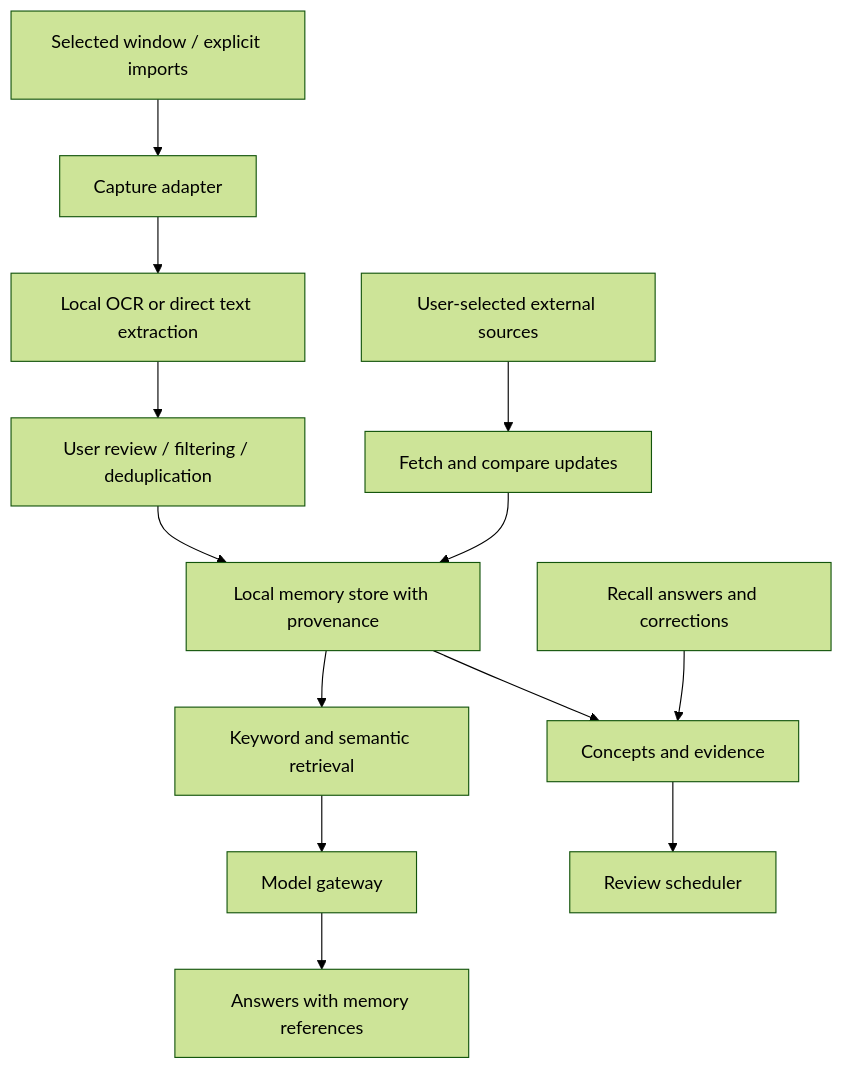
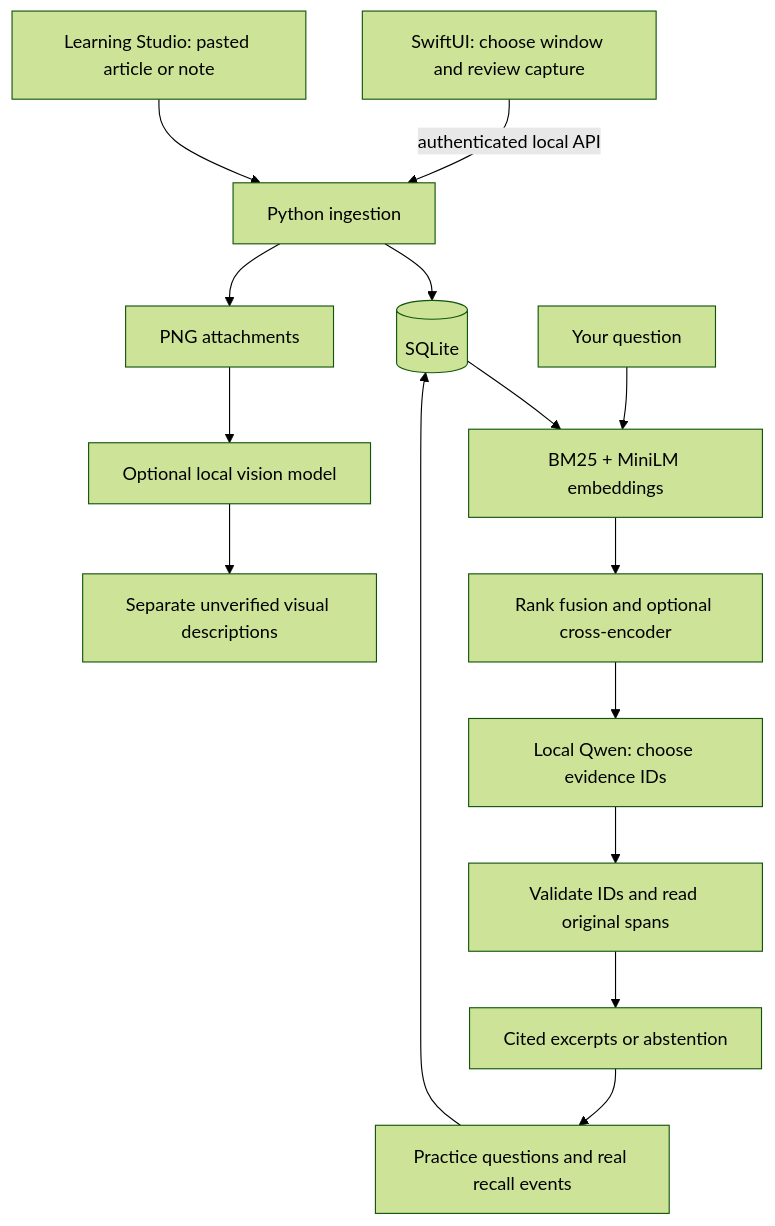
Before and after one commit to JayeshJaquar/second-brain: the diagram in ARCHITECTURE.md, drawn with Mermaid (forest theme). The commit also changed other lines of this file and 5 other files, not shown here.

Commit message:
docs: explain the architecture decisions evidence and limitations

````diff
--- a/ARCHITECTURE.md
+++ b/ARCHITECTURE.md
@@ -11,15 +3,17 @@
 ```mermaid
 flowchart TD
-    A[Selected window / explicit imports] --> B[Capture adapter]
-    B --> C[Local OCR or direct text extraction]
-    C --> D[User review / filtering / deduplication]
-    D --> E[Local memory store with provenance]
-    E --> F[Keyword and semantic retrieval]
-    F --> G[Model gateway]
-    G --> H[Answers with memory references]
-    E --> I[Concepts and evidence]
-    J[Recall answers and corrections] --> I
-    I --> K[Review scheduler]
-    L[User-selected external sources] --> M[Fetch and compare updates]
-    M --> E
+    C[SwiftUI: choose window and review capture] -->|authenticated local API| I[Python ingestion]
+    W[Learning Studio: pasted article or note] --> I
+    I --> D[(SQLite)]
+    I --> P[PNG attachments]
+    Q[Your question] --> R[BM25 + MiniLM embeddings]
+    D --> R
+    R --> F[Rank fusion and optional cross-encoder]
+    F --> L[Local Qwen: choose evidence IDs]
+    L --> V[Validate IDs and read original spans]
+    V --> A[Cited excerpts or abstention]
+    P --> VL[Optional local vision model]
+    VL --> U[Separate unverified visual descriptions]
+    A --> PR[Practice questions and real recall events]
+    PR --> D
 ```
````
